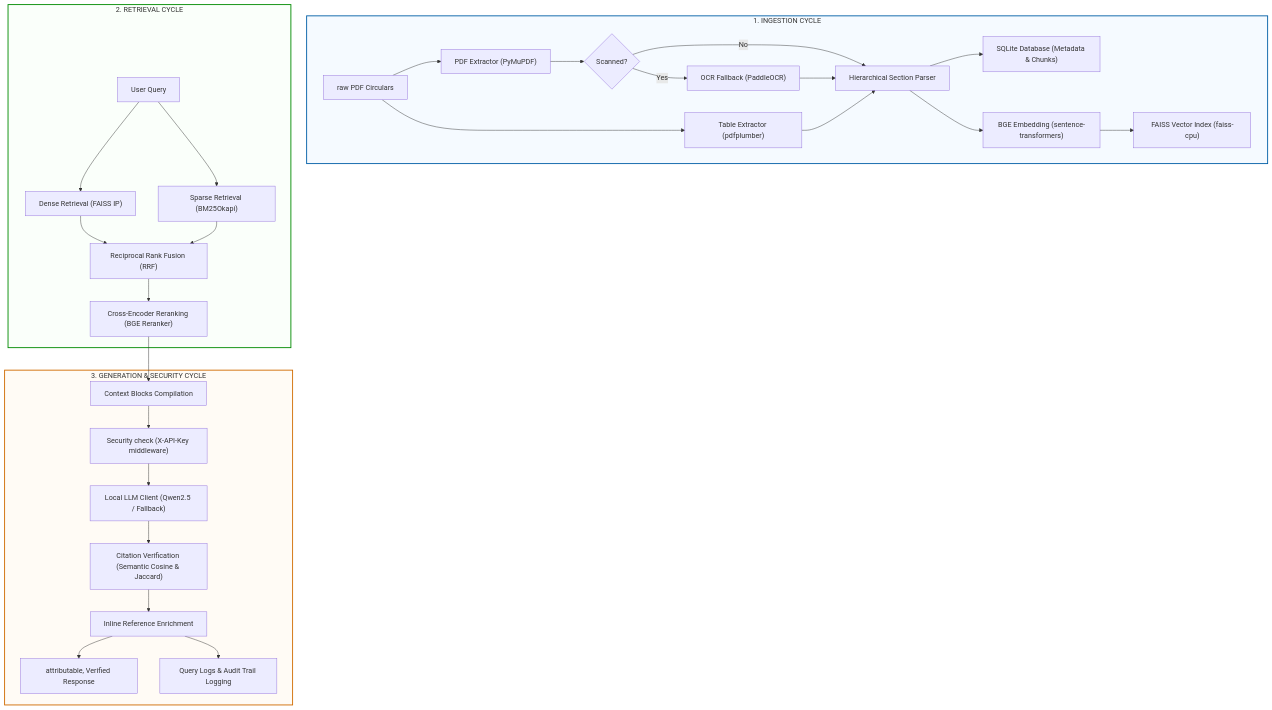
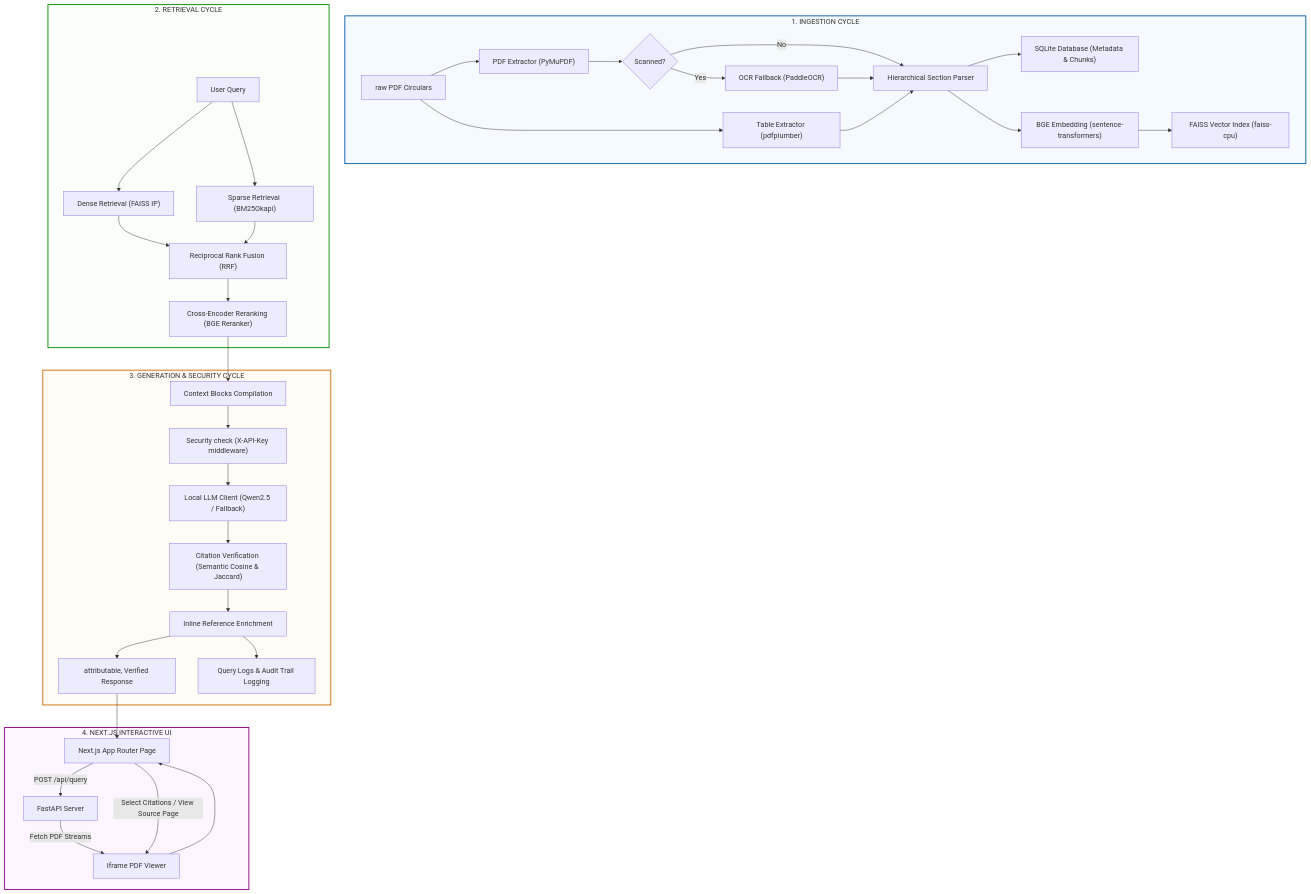
The diagram in PIPELINE_EXPLAINER.md (shubh2304/RBI-Cictulars-RAG-Pipeline), drawn with Mermaid before and after one commit. The commit also changed other lines of this file and 62 other files, not shown here.

````diff
--- a/PIPELINE_EXPLAINER.md
+++ b/PIPELINE_EXPLAINER.md
@@ -11,45 +11,56 @@
 ```mermaid
 graph TD
     %% Ingestion Cycle
     subgraph Ingestion ["1. INGESTION CYCLE"]
         PDF["raw PDF Circulars"] --> Ext["PDF Extractor (PyMuPDF)"]
         PDF --> Tab["Table Extractor (pdfplumber)"]
         
         Ext --> IsScanned{Scanned?}
         IsScanned -- Yes --> OCR["OCR Fallback (PaddleOCR)"]
         IsScanned -- No --> Parser["Hierarchical Section Parser"]
         OCR --> Parser
         Tab --> Parser
         
         Parser --> DB["SQLite Database (Metadata & Chunks)"]
         Parser --> Vectorize["BGE Embedding (sentence-transformers)"]
         Vectorize --> Index["FAISS Vector Index (faiss-cpu)"]
     end
 
     %% Retrieval Cycle
     subgraph Retrieval ["2. RETRIEVAL CYCLE"]
         Query["User Query"] --> Dense["Dense Retrieval (FAISS IP)"]
         Query --> Sparse["Sparse Retrieval (BM25Okapi)"]
         
         Dense --> RRF["Reciprocal Rank Fusion (RRF)"]
         Sparse --> RRF
         
         RRF --> Rerank["Cross-Encoder Reranking (BGE Reranker)"]
     end
 
     %% Generation & Security Cycle
     subgraph GenSec ["3. GENERATION & SECURITY CYCLE"]
         Rerank --> Context["Context Blocks Compilation"]
         Context --> Auth["Security check (X-API-Key middleware)"]
         Auth --> LLM["Local LLM Client (Qwen2.5 / Fallback)"]
         
         LLM --> Verify["Citation Verification (Semantic Cosine & Jaccard)"]
         Verify --> Format["Inline Reference Enrichment"]
         Format --> Output["attributable, Verified Response"]
         Format --> Audit["Query Logs & Audit Trail Logging"]
     end
+
+    %% Next.js Web Interface Layer
+    subgraph WebClient ["4. NEXT.JS INTERACTIVE UI"]
+        UI[Next.js App Router Page] -->|POST /api/query| API[FastAPI Server]
+        API -->|Fetch PDF Streams| Viewer[Iframe PDF Viewer]
+        UI -->|Select Citations / View Source Page| Viewer
+    end
+
+    Output --> UI
+    Viewer --> UI
     
     style Ingestion fill:#f5faff,stroke:#005EA6,stroke-width:2px;
     style Retrieval fill:#fafffa,stroke:#008A00,stroke-width:2px;
     style GenSec fill:#fffbf5,stroke:#D06B00,stroke-width:2px;
+    style WebClient fill:#fdf5ff,stroke:#8A008A,stroke-width:2px;
 ```
````
